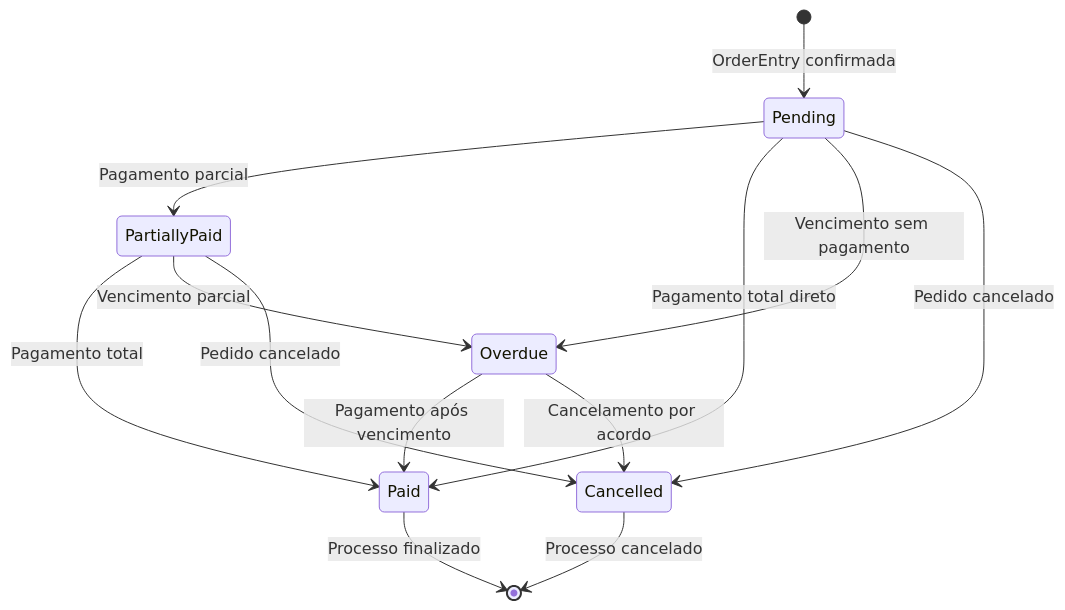
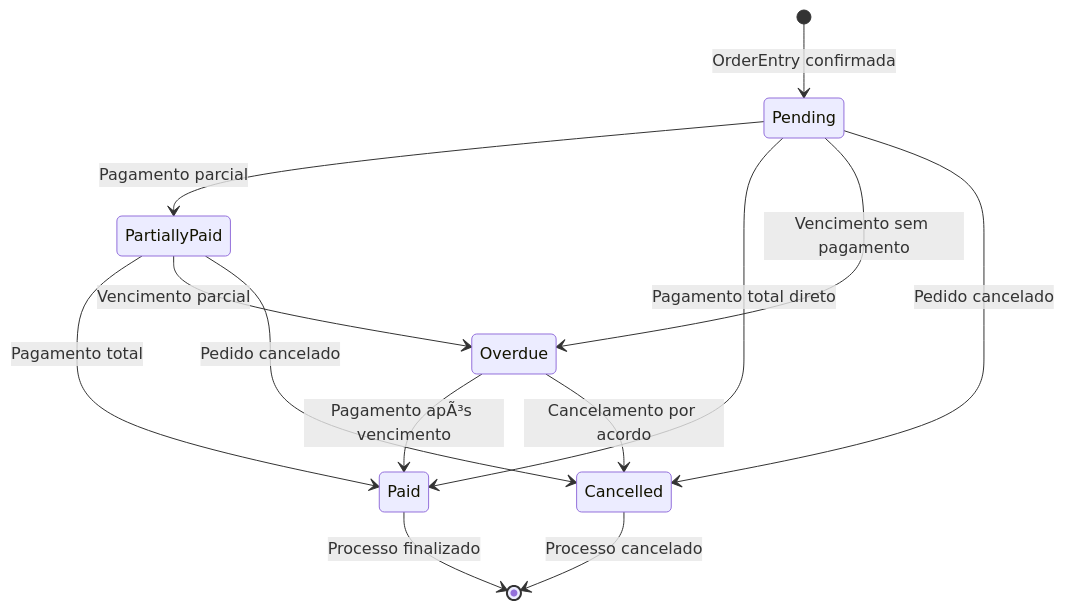
One commit to igor-spalenza/GesN changed the sixth of 7 diagrams in GesN.Web/Context/DIAGRAMS/PROCESS-FLOWS/05-financial-flow.md. Above: the diagram before and after it, drawn with Mermaid. The commit also changed other lines of this file and 93 other files, not shown here.

````diff
--- a/GesN.Web/Context/DIAGRAMS/PROCESS-FLOWS/05-financial-flow.md
+++ b/GesN.Web/Context/DIAGRAMS/PROCESS-FLOWS/05-financial-flow.md
@@ -306,18 +306,18 @@
 ```mermaid
 stateDiagram-v2
     [*] --> Pending : OrderEntry confirmada
     Pending --> PartiallyPaid : Pagamento parcial
     PartiallyPaid --> Paid : Pagamento total
     Pending --> Paid : Pagamento total direto
     
     Pending --> Overdue : Vencimento sem pagamento
     PartiallyPaid --> Overdue : Vencimento parcial
-    Overdue --> Paid : Pagamento após vencimento
+    Overdue --> Paid : Pagamento apÃ³s vencimento
     
     Pending --> Cancelled : Pedido cancelado
     PartiallyPaid --> Cancelled : Pedido cancelado
     Overdue --> Cancelled : Cancelamento por acordo
     
     Paid --> [*] : Processo finalizado
     Cancelled --> [*] : Processo cancelado
 ```
````
